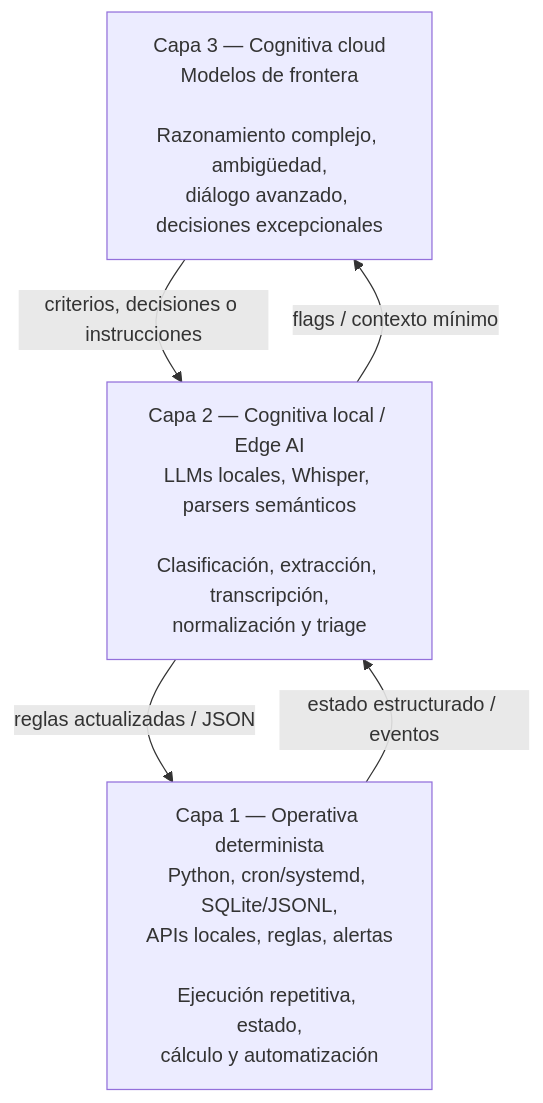
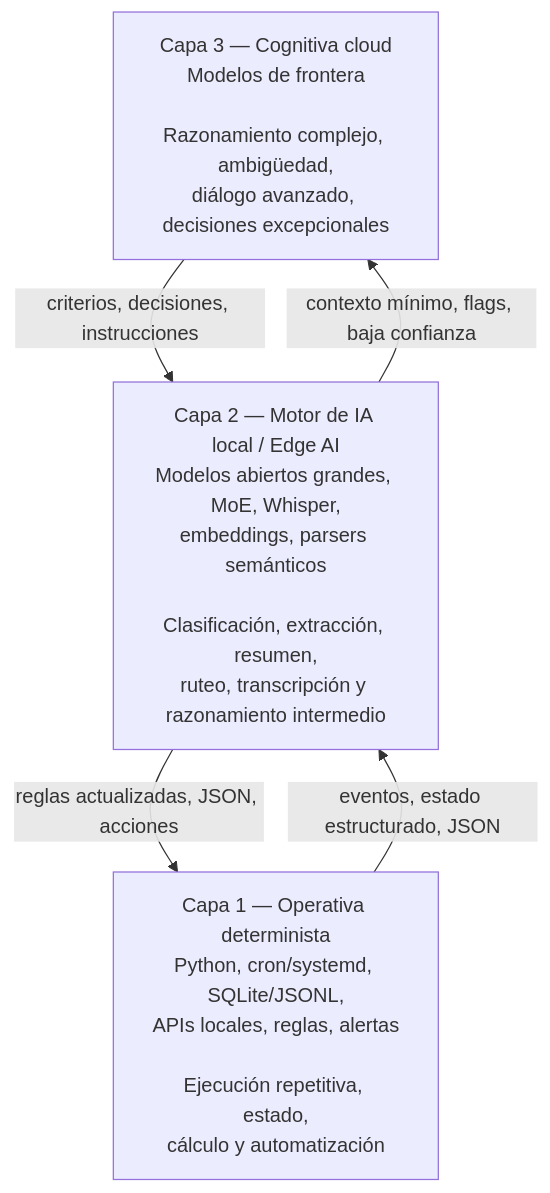
The diagram in README.md (dribulotta/iatokens), drawn with Mermaid before and after one commit. The commit also changed other lines of this file, not shown here.

````diff
--- a/README.md
+++ b/README.md
@@ -83,11 +95,11 @@
 ```mermaid
 flowchart TB
     L3["Capa 3 — Cognitiva cloud<br/>Modelos de frontera<br/><br/>Razonamiento complejo, ambigüedad,<br/>diálogo avanzado, decisiones excepcionales"]
-    L2["Capa 2 — Cognitiva local / Edge AI<br/>LLMs locales, Whisper, parsers semánticos<br/><br/>Clasificación, extracción, transcripción,<br/>normalización y triage"]
+    L2["Capa 2 — Motor de IA local / Edge AI<br/>Modelos abiertos grandes, MoE, Whisper,<br/>embeddings, parsers semánticos<br/><br/>Clasificación, extracción, resumen,<br/>ruteo, transcripción y razonamiento intermedio"]
     L1["Capa 1 — Operativa determinista<br/>Python, cron/systemd, SQLite/JSONL,<br/>APIs locales, reglas, alertas<br/><br/>Ejecución repetitiva, estado,<br/>cálculo y automatización"]
 
-    L1 -->|"estado estructurado / eventos"| L2
-    L2 -->|"flags / contexto mínimo"| L3
-    L3 -->|"criterios, decisiones o instrucciones"| L2
-    L2 -->|"reglas actualizadas / JSON"| L1
+    L1 -->|"eventos, estado estructurado, JSON"| L2
+    L2 -->|"contexto mínimo, flags, baja confianza"| L3
+    L3 -->|"criterios, decisiones, instrucciones"| L2
+    L2 -->|"reglas actualizadas, JSON, acciones"| L1
 ```
````
